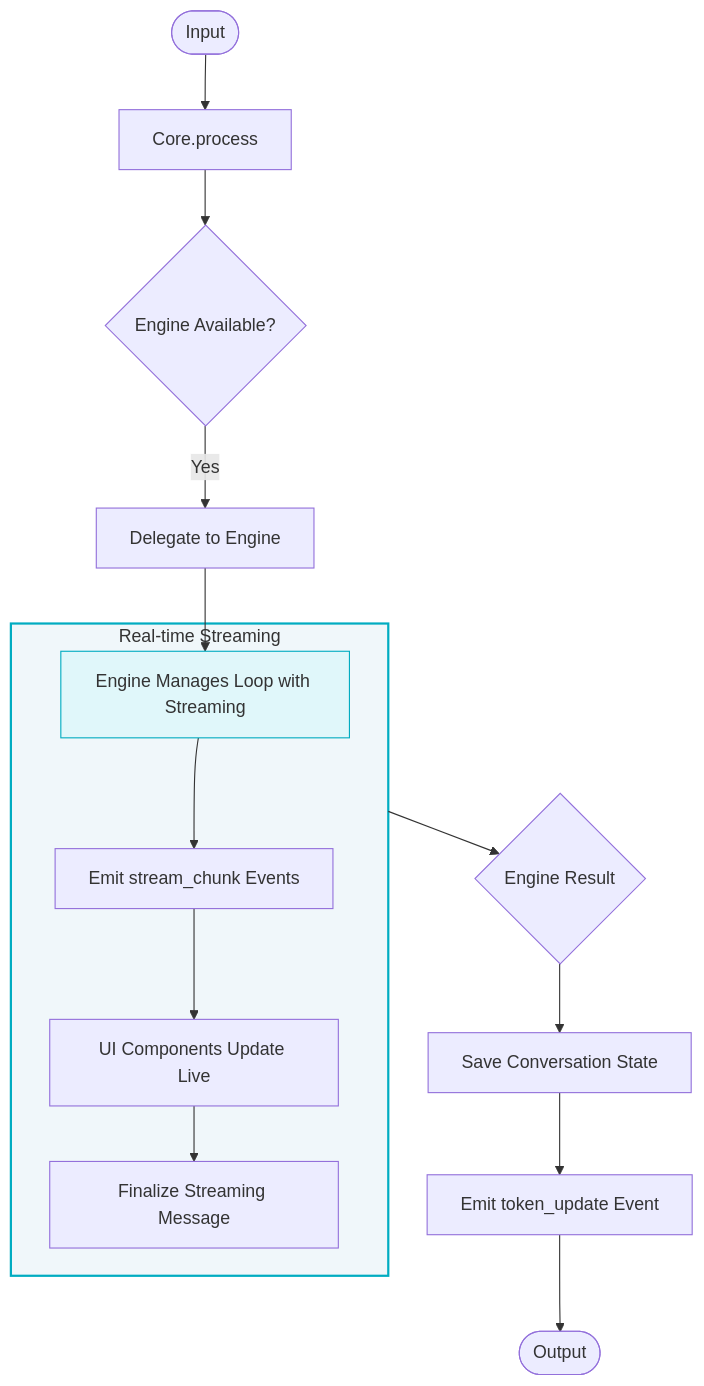
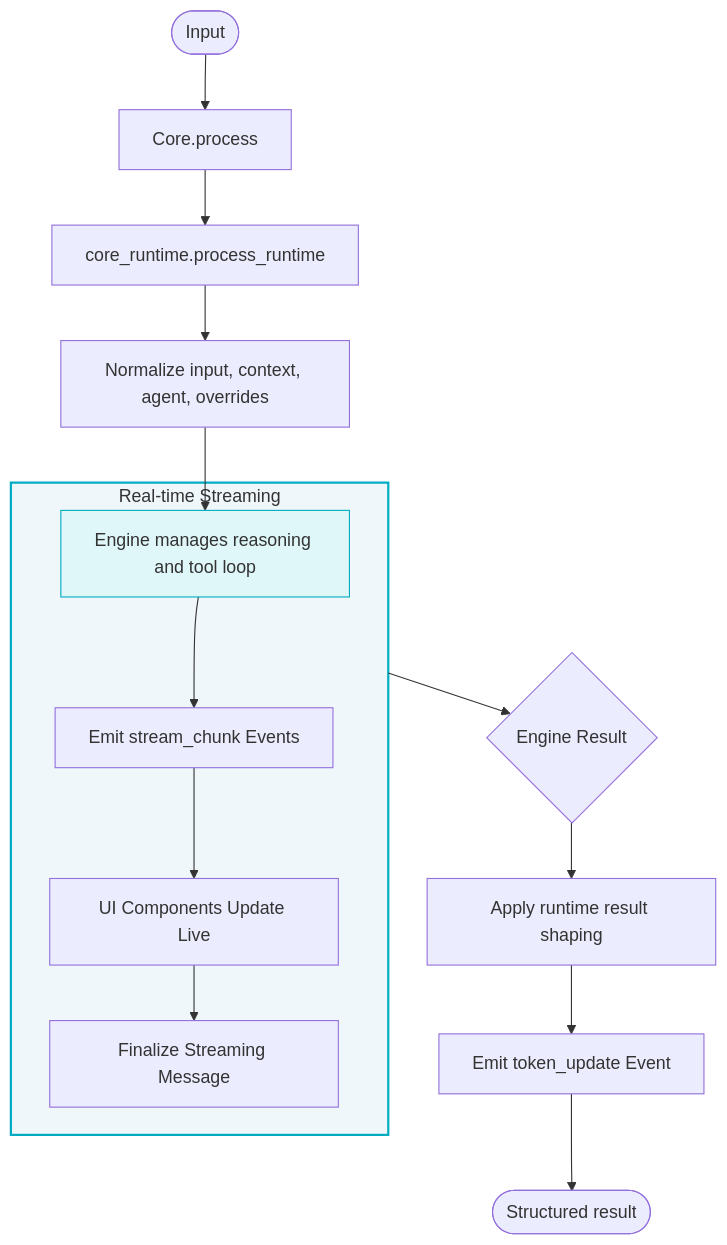
One commit to Maximooch/penguin changed the second of 2 diagrams in docs/docs/api_reference/core.md. Above: the diagram before and after it, drawn with Mermaid. The commit also changed other lines of this file and 191 other files, not shown here.

First line of the commit message:
Refactor PenguinCore runtime boundaries and sync durable event ledger (#67)

````diff
--- a/docs/docs/api_reference/core.md
+++ b/docs/docs/api_reference/core.md
@@ -131,21 +155,21 @@
 ```mermaid
 flowchart TD
     Start([Input])-->CoreProcess[Core.process]
-    CoreProcess-->CheckEngine{Engine Available?}
-    CheckEngine--Yes-->DelegateToEngine[Delegate to Engine]
-    DelegateToEngine-->EngineHandlesLoop[Engine Manages Loop with Streaming]
+    CoreProcess-->Runtime[core_runtime.process_runtime]
+    Runtime-->Normalize[Normalize input, context, agent, overrides]
+    Normalize-->EngineHandlesLoop[Engine manages reasoning and tool loop]
 
     subgraph Streaming[Real-time Streaming]
         EngineHandlesLoop-->EmitStreamEvents[Emit stream_chunk Events]
         EmitStreamEvents-->UIUpdates[UI Components Update Live]
         UIUpdates-->FinalizeStreaming[Finalize Streaming Message]
     end
 
     Streaming-->EngineResult{Engine Result}
-    EngineResult-->SaveState[Save Conversation State]
-    SaveState-->EmitTokenEvent[Emit token_update Event]
-    EmitTokenEvent-->End([Output])
+    EngineResult-->RuntimeFinalize[Apply runtime result shaping]
+    RuntimeFinalize-->EmitTokenEvent[Emit token_update Event]
+    EmitTokenEvent-->End([Structured result])
 
     style EngineHandlesLoop fill:#e0f7fa,stroke:#00acc1
     style Streaming fill:#f0f7fa,stroke:#00acc1,stroke-width:2px
 ```
````
